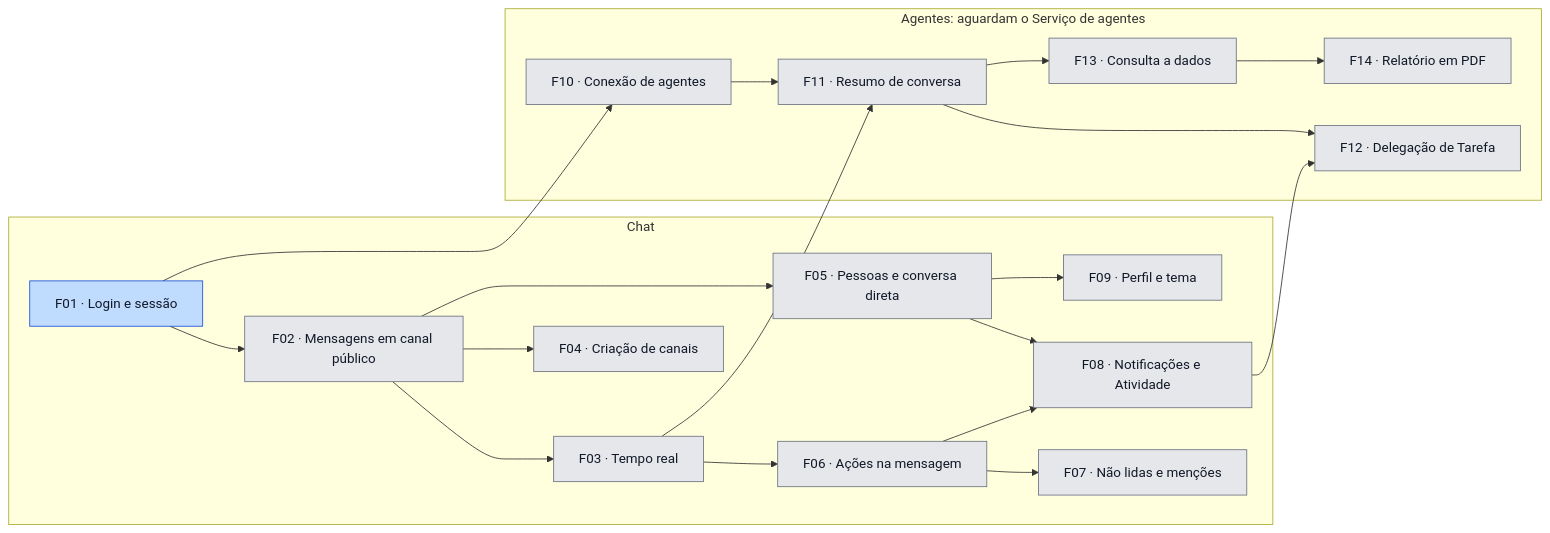
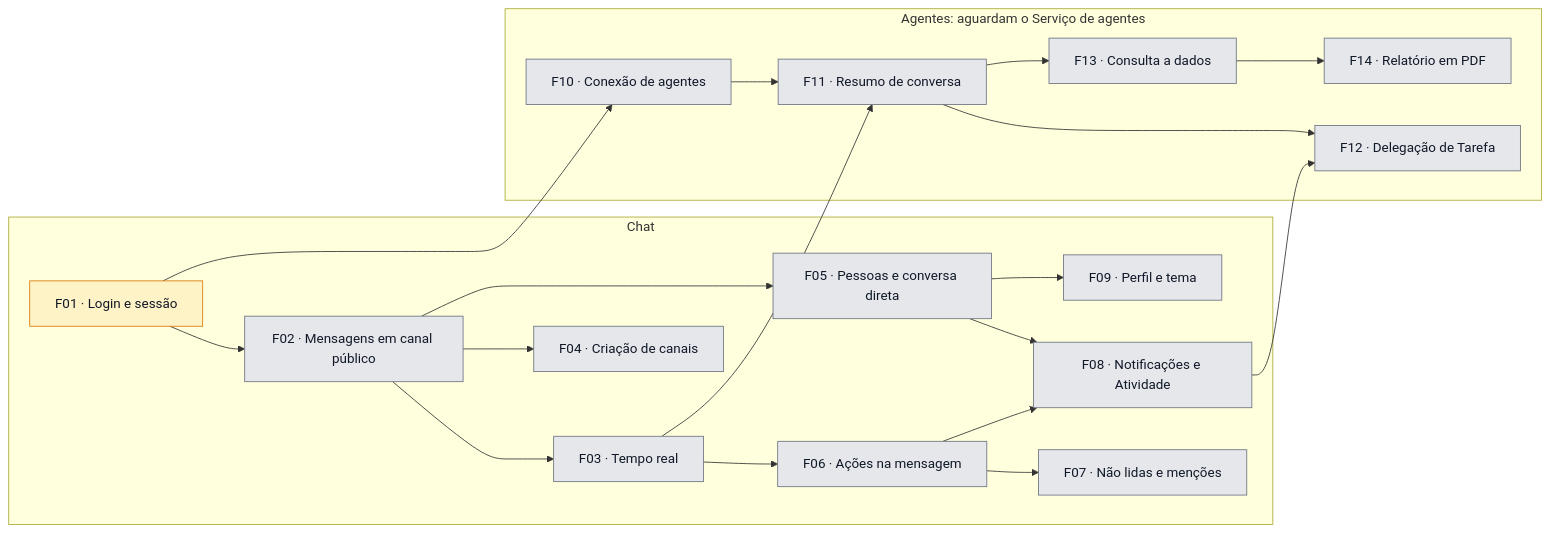
The diagram in docs/roadmap.md (1978bruno/fulldev_SKILL-Agentes-e-MCP-para-vibe-code), drawn with Mermaid before and after one commit.

Commit message:
docs: alinha o diagrama do roadmap ao status da F01 (em andamento)

````diff
--- a/docs/roadmap.md
+++ b/docs/roadmap.md
@@ -48,48 +48,48 @@
 ```mermaid
 flowchart LR
   subgraph chat ["Chat"]
     F01["F01 · Login e sessão"]
     F02["F02 · Mensagens em canal público"]
     F03["F03 · Tempo real"]
     F04["F04 · Criação de canais"]
     F05["F05 · Pessoas e conversa direta"]
     F06["F06 · Ações na mensagem"]
     F07["F07 · Não lidas e menções"]
     F08["F08 · Notificações e Atividade"]
     F09["F09 · Perfil e tema"]
   end
 
   subgraph agentes ["Agentes: aguardam o Serviço de agentes"]
     F10["F10 · Conexão de agentes"]
     F11["F11 · Resumo de conversa"]
     F12["F12 · Delegação de Tarefa"]
     F13["F13 · Consulta a dados"]
     F14["F14 · Relatório em PDF"]
   end
 
   F01 --> F02
   F02 --> F03
   F02 --> F04
   F02 --> F05
   F03 --> F06
   F06 --> F07
   F05 --> F08
   F06 --> F08
   F05 --> F09
   F01 --> F10
   F03 --> F11
   F10 --> F11
   F08 --> F12
   F11 --> F12
   F11 --> F13
   F13 --> F14
 
   classDef planejada fill:#e5e7eb,stroke:#6b7280,color:#111827
   classDef prdPronto fill:#dbeafe,stroke:#3b82f6,color:#111827
   classDef specPronta fill:#bfdbfe,stroke:#1d4ed8,color:#111827
   classDef emAndamento fill:#fef3c7,stroke:#d97706,color:#111827
   classDef concluida fill:#d1fae5,stroke:#059669,color:#111827
 
-  class F01 specPronta
+  class F01 emAndamento
   class F02,F03,F04,F05,F06,F07,F08,F09,F10,F11,F12,F13,F14 planejada
 ```
````
